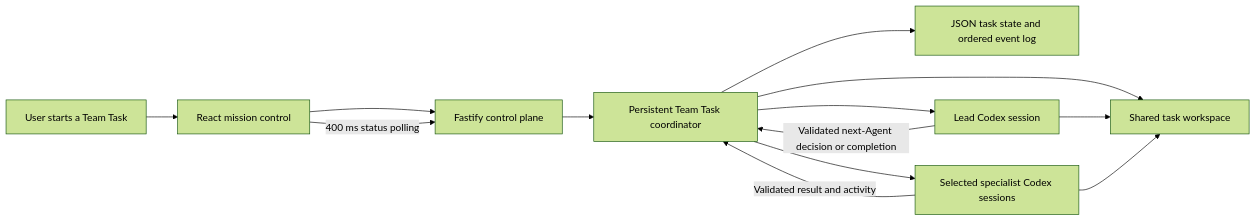
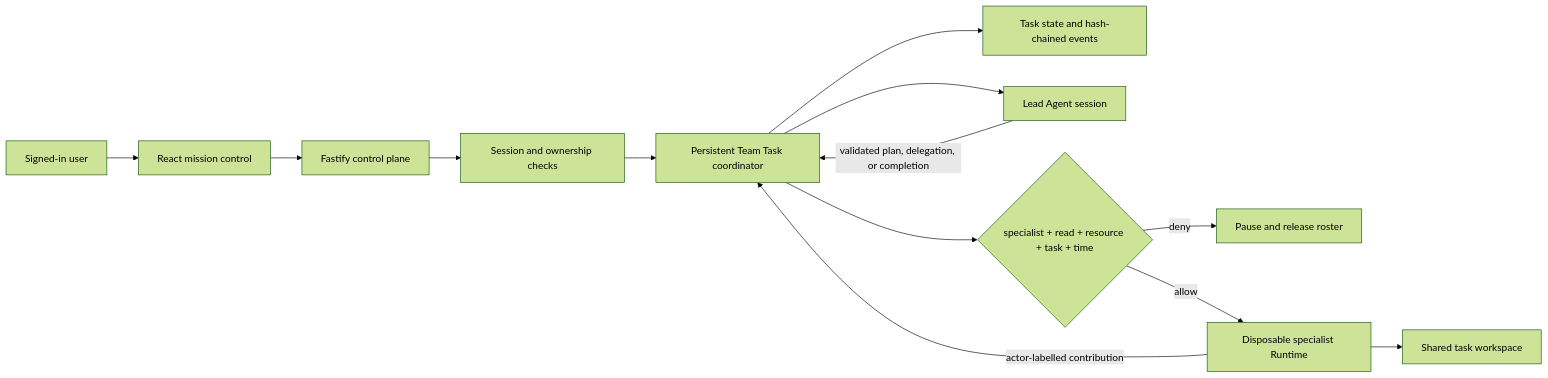
Before and after one commit to waiyeeyuen/SmallPotato: the diagram in docs/COORDINATION_ARCHITECTURE.md, drawn with Mermaid (forest theme). The commit also changed other lines of this file and 22 other files, not shown here.

````diff
--- a/docs/COORDINATION_ARCHITECTURE.md
+++ b/docs/COORDINATION_ARCHITECTURE.md
@@ -11,15 +11,15 @@
 ```mermaid
 flowchart LR
-  User["User starts a Team Task"] --> UI["React mission control"]
+  User["Signed-in user"] --> UI["React mission control"]
   UI --> API["Fastify control plane"]
-  API --> Coordinator["Persistent Team Task coordinator"]
-  Coordinator --> Store["JSON task state and ordered event log"]
-  Coordinator --> Workspace["Shared task workspace"]
-  Coordinator --> Lead["Lead Codex session"]
-  Lead -->|"Validated next-Agent decision or completion"| Coordinator
-  Coordinator --> Specialist["Selected specialist Codex sessions"]
-  Specialist -->|"Validated result and activity"| Coordinator
-  Lead --> Workspace
-  Specialist --> Workspace
-  UI -->|"400 ms status polling"| API
+  API --> Identity["Session and ownership checks"]
+  Identity --> Coordinator["Persistent Team Task coordinator"]
+  Coordinator --> Store["Task state and hash-chained events"]
+  Coordinator --> Lead["Lead Agent session"]
+  Lead -->|"validated plan, delegation, or completion"| Coordinator
+  Coordinator --> Policy{"specialist + read + resource + task + time"}
+  Policy -->|deny| Pause["Pause and release roster"]
+  Policy -->|allow| Runtime["Disposable specialist Runtime"]
+  Runtime --> Workspace["Shared task workspace"]
+  Runtime -->|"actor-labelled contribution"| Coordinator
 ```
````
